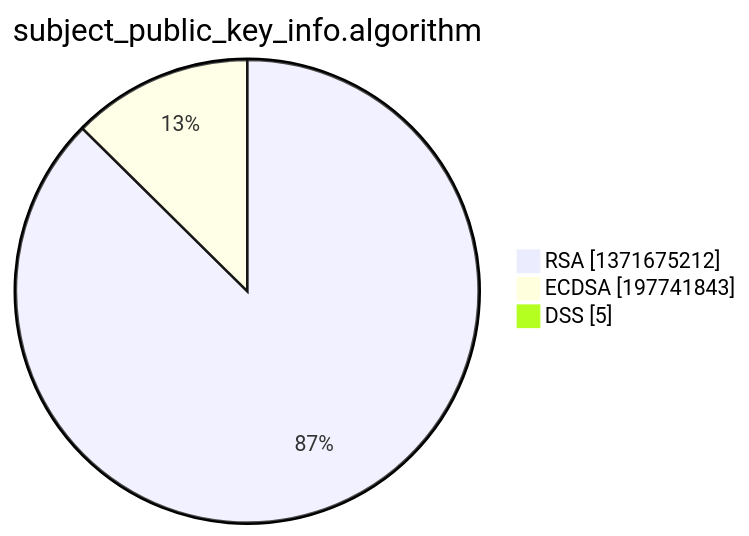
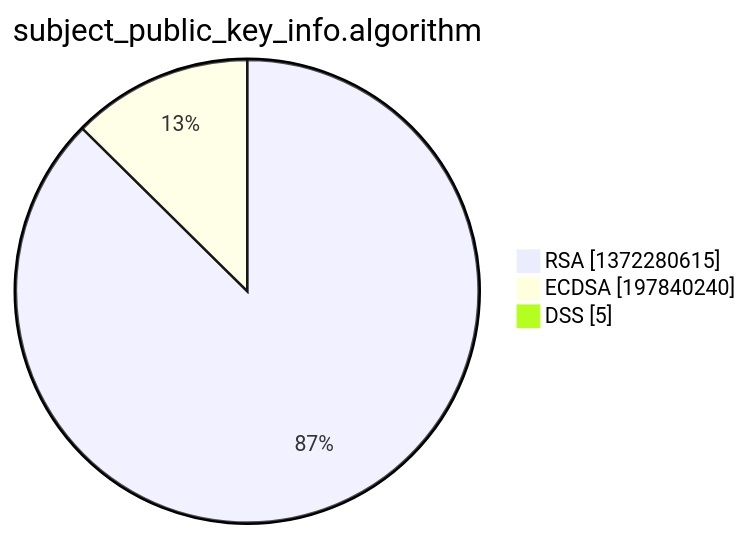
Before and after one commit to christiankrug/ctmonitor_visualization: the third of 15 diagrams in xenon2022/README.md, drawn with Mermaid. The commit also changed other lines of this file, not shown here.

````diff
--- a/xenon2022/README.md
+++ b/xenon2022/README.md
@@ -14,7 +14,7 @@
 ```mermaid
 pie showData
 title subject_public_key_info.algorithm
-"RSA" :1371675212
-"ECDSA" :197741843
+"RSA" :1372280615
+"ECDSA" :197840240
 "DSS" :5
 ```
````
